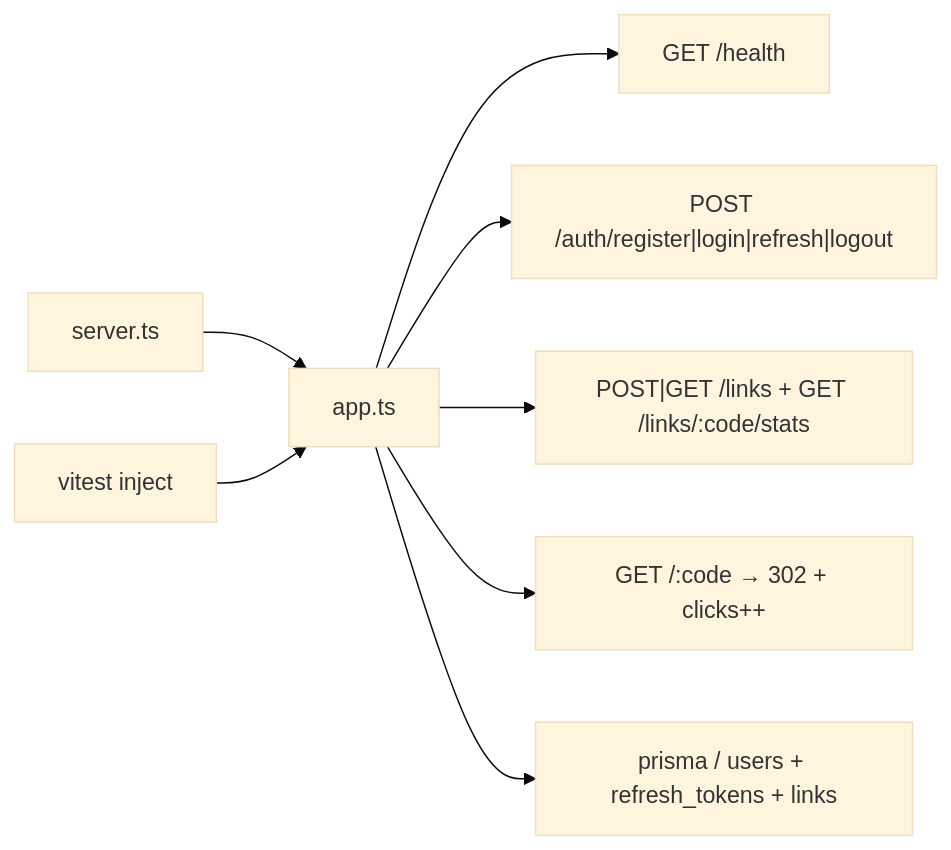
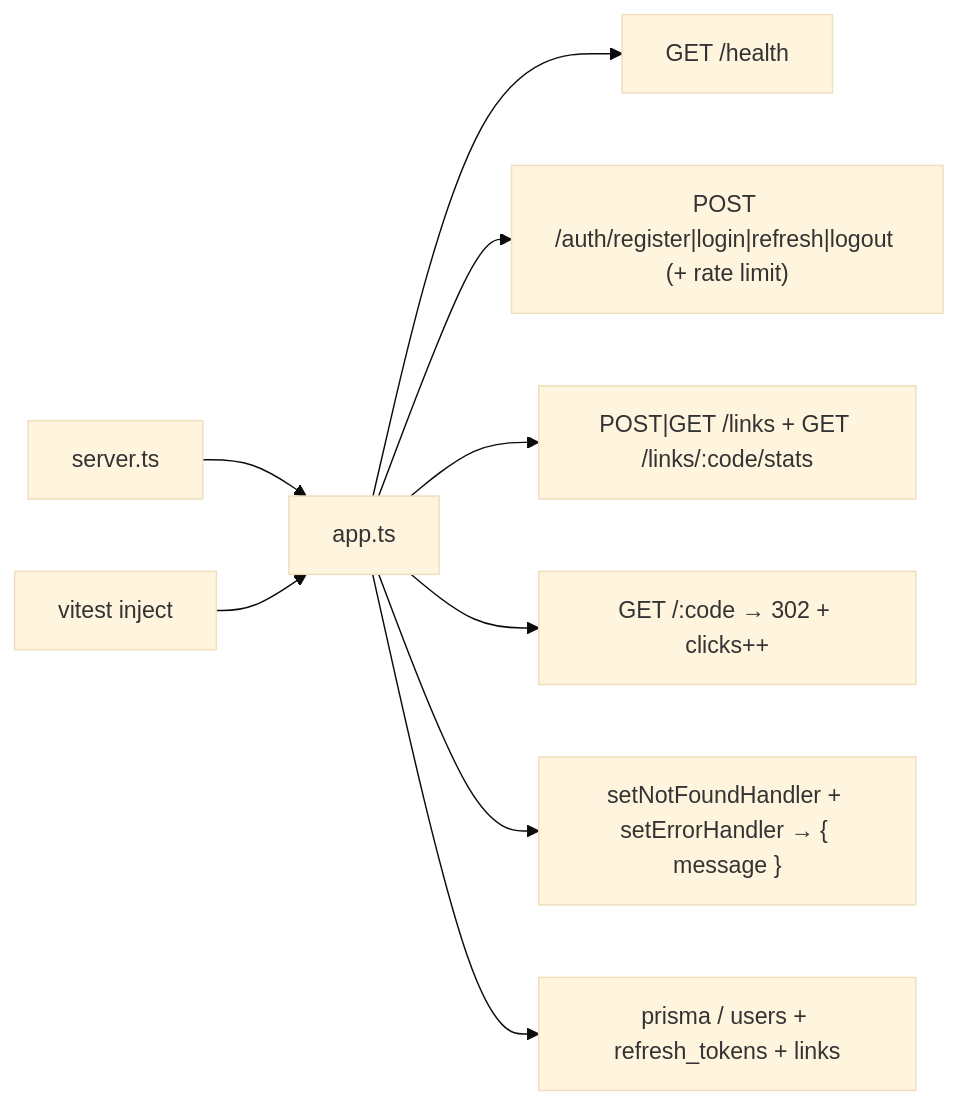
The diagram in docs/ROADMAP.md (gabriellopessdev/linky), drawn with Mermaid (base theme) before and after one commit. The commit also changed other lines of this file and 2 other files, not shown here.

First line of the commit message:
docs: mark consistent errors and auth rate limit done

````diff
--- a/docs/ROADMAP.md
+++ b/docs/ROADMAP.md
@@ -32,10 +32,11 @@
 ```mermaid
 flowchart LR
   S[server.ts] --> A[app.ts]
   A --> H["GET /health"]
-  A --> Auth["POST /auth/register|login|refresh|logout"]
+  A --> Auth["POST /auth/register|login|refresh|logout (+ rate limit)"]
   A --> Links["POST|GET /links + GET /links/:code/stats"]
   A --> Redirect["GET /:code → 302 + clicks++"]
+  A --> Err["setNotFoundHandler + setErrorHandler → { message }"]
   A --> DB[prisma / users + refresh_tokens + links]
   T[vitest inject] --> A
 ```
````
